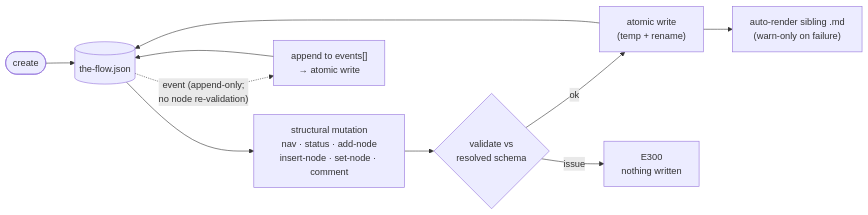
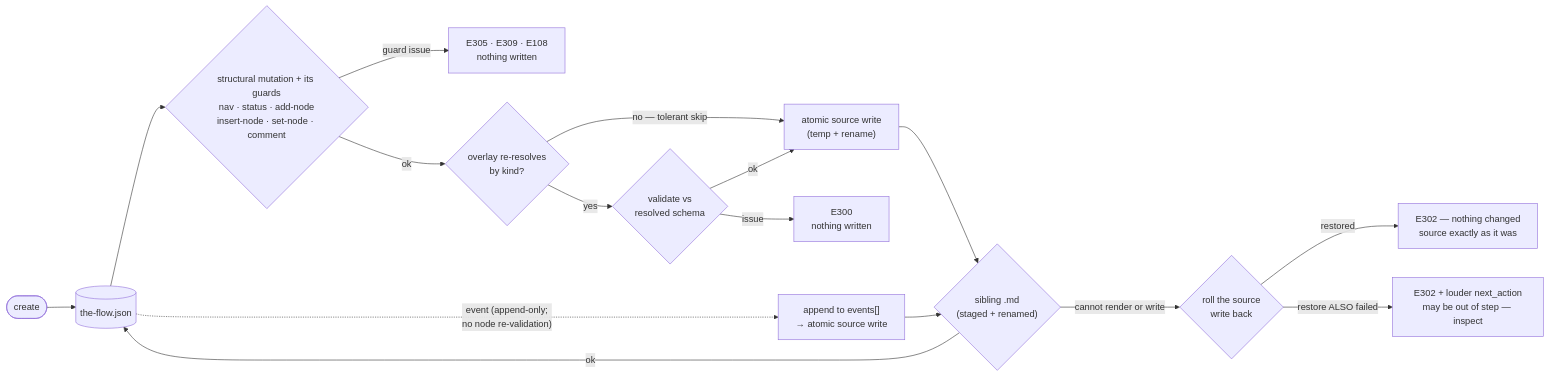
Before and after one commit to AI-Substrate/harness-engineering: the second of 3 diagrams in docs/how/harness-flow.md, drawn with Mermaid. The commit also changed other lines of this file and 30 other files, not shown here.

````diff
--- a/docs/how/harness-flow.md
+++ b/docs/how/harness-flow.md
@@ -94,12 +109,18 @@
 ```mermaid
 flowchart LR
     create(["create"]) --> doc[("the-flow.json")]
-    doc --> mutate["structural mutation<br/>nav · status · add-node<br/>insert-node · set-node · comment"]
-    mutate --> validate{"validate vs<br/>resolved schema"}
-    validate -->|ok| write["atomic write<br/>(temp + rename)"]
+    doc --> mutate{"structural mutation + its guards<br/>nav · status · add-node<br/>insert-node · set-node · comment"}
+    mutate -->|"guard issue"| guardFail["E305 · E309 · E108<br/>nothing written"]
+    mutate -->|ok| resolve{"overlay re-resolves<br/>by kind?"}
+    resolve -->|yes| validate{"validate vs<br/>resolved schema"}
+    resolve -->|"no — tolerant skip"| write["atomic source write<br/>(temp + rename)"]
+    validate -->|ok| write
     validate -->|issue| reject["E300<br/>nothing written"]
-    write --> doc
-    write --> render["auto-render sibling .md<br/>(warn-only on failure)"]
-    doc -. "event (append-only;<br/>no node re-validation)" .-> append["append to events[]<br/>→ atomic write"]
-    append --> doc
+    write --> sibling{"sibling .md<br/>(staged + renamed)"}
+    sibling -->|ok| doc
+    sibling -->|"cannot render or write"| undo{"roll the source<br/>write back"}
+    undo -->|"restored"| rollback["E302 — nothing changed<br/>source exactly as it was"]
+    undo -->|"restore ALSO failed"| stranded["E302 + louder next_action<br/>may be out of step — inspect"]
+    doc -. "event (append-only;<br/>no node re-validation)" .-> append["append to events[]<br/>→ atomic source write"]
+    append --> sibling
 ```
````
